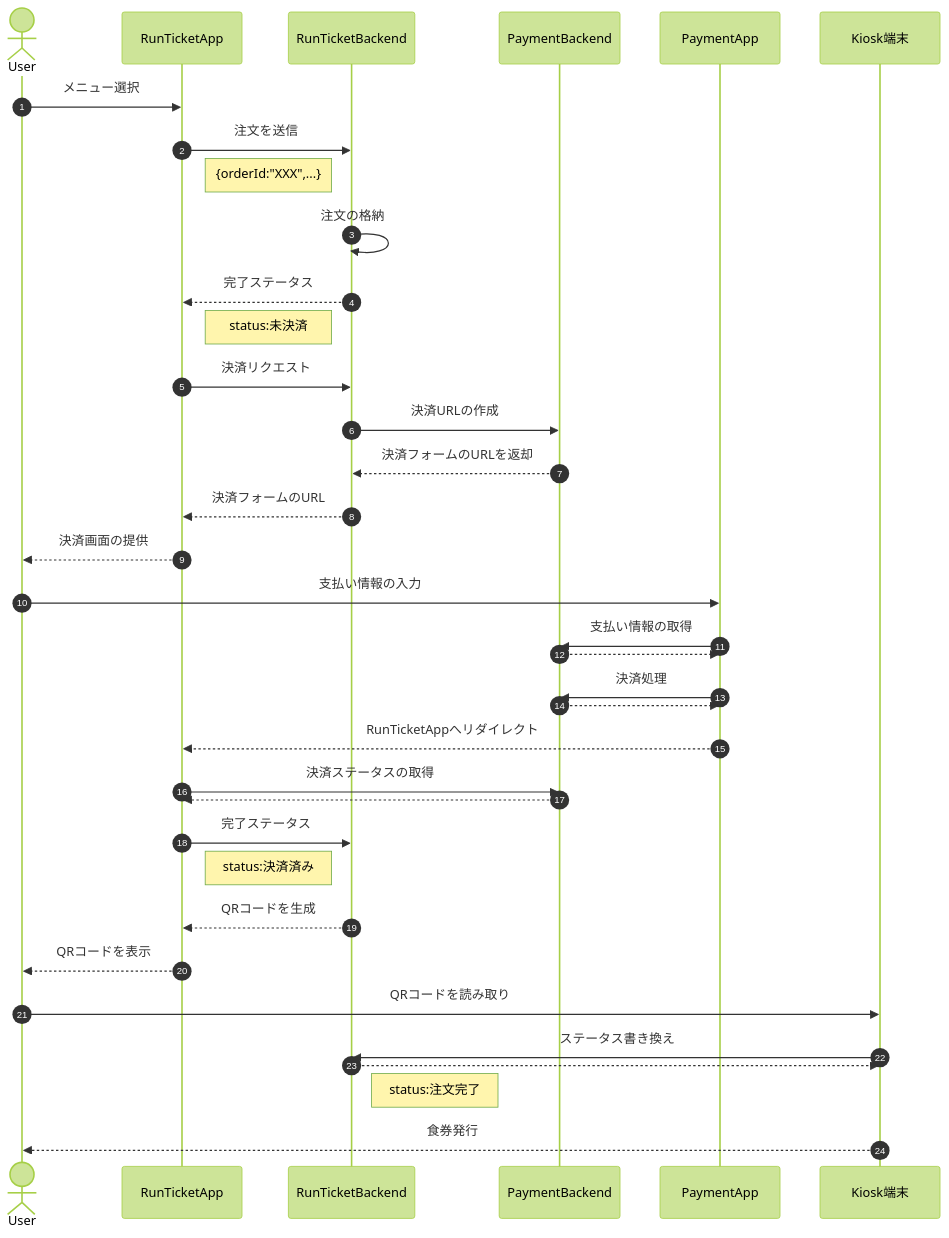
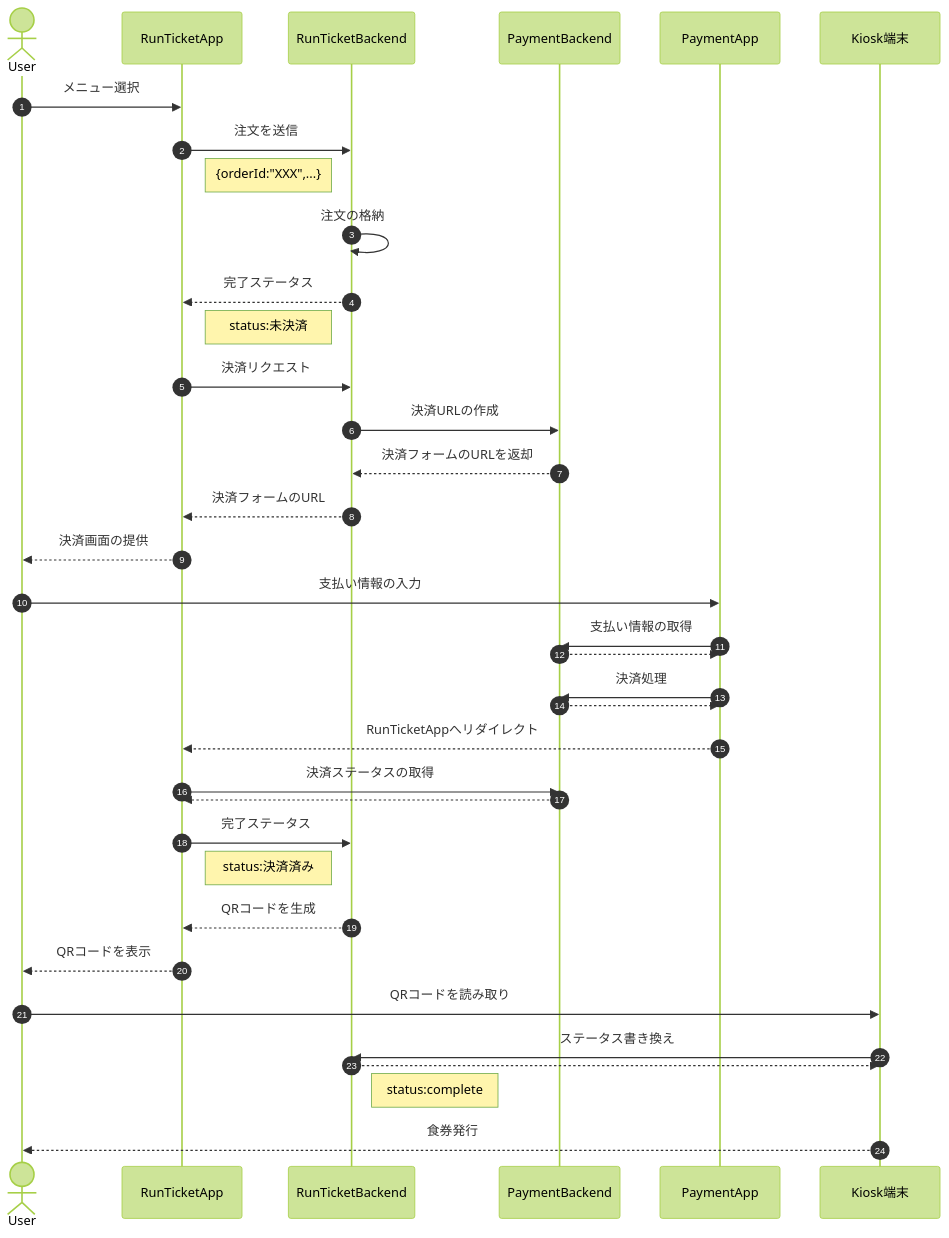
The diagram in README.md (charokoukuu/mobile-order), drawn with Mermaid (forest theme) before and after one commit. The commit also changed 3 other files, not shown here.

````diff
--- a/README.md
+++ b/README.md
@@ -1,38 +1,38 @@
 ```mermaid
 sequenceDiagram
     autonumber
     actor User
     participant client as RunTicketApp
     participant backend as RunTicketBackend
     participant payback as PaymentBackend
     participant payapp as PaymentApp
     participant kiosk as Kiosk端末
     User->>client: メニュー選択
     client->>backend: 注文を送信
     Note left of backend: {orderId:"XXX",...}
     backend->>backend: 注文の格納
     backend-->>client: 完了ステータス
      Note left of backend:status:未決済
     client->>backend:決済リクエスト
     backend->>payback: 決済URLの作成
     payback-->>backend: 決済フォームのURLを返却
     backend-->>client: 決済フォームのURL
     client-->>User: 決済画面の提供
     User->>payapp: 支払い情報の入力
     payapp->>payback: 支払い情報の取得
     payback-->>payapp: 
     payapp->>payback: 決済処理
     payback-->>payapp: 
     payapp-->>client:RunTicketAppへリダイレクト
     client->>payback:決済ステータスの取得
     payback-->>client: 
     client->>backend:完了ステータス
     Note left of backend:status:決済済み
     backend-->>client:QRコードを生成
     client-->>User:QRコードを表示
     User->>kiosk:QRコードを読み取り
     kiosk->>backend:ステータス書き換え
     backend-->>kiosk: 
-    Note right of backend:status:注文完了
+    Note right of backend:status:complete
     kiosk-->>User:食券発行
 ```
````
